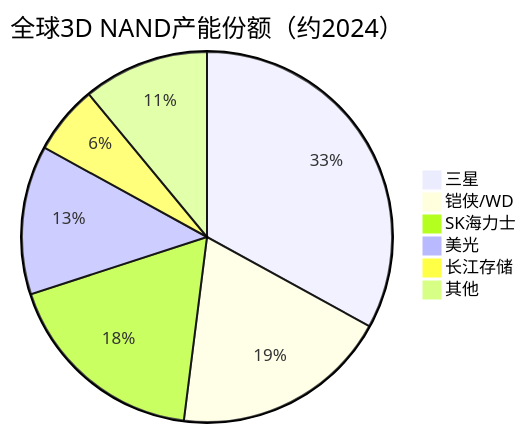
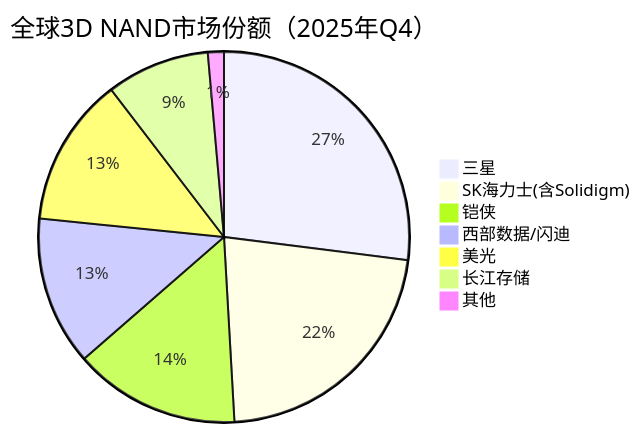
Before and after one commit to blueprint1453/industry-insight: the third of 3 diagrams in 存储产业链/中游/NAND/3D-NAND-Flash.md, drawn with Mermaid. The commit also changed other lines of this file and 78 other files, not shown here.

````diff
--- a/存储产业链/中游/NAND/3D-NAND-Flash.md
+++ b/存储产业链/中游/NAND/3D-NAND-Flash.md
@@ -114,9 +114,10 @@
 ```mermaid
-pie title 全球3D NAND产能份额（约2024）
-    "三星" : 33
-    "铠侠/WD" : 19
-    "SK海力士" : 18
-    "美光" : 13
-    "长江存储" : 6
-    "其他" : 11
+pie title 全球3D NAND市场份额（2025年Q4）
+    "三星" : 27.0
+    "SK海力士(含Solidigm)" : 22.1
+    "铠侠" : 14.5
+    "西部数据/闪迪" : 13.0
+    "美光" : 13.0
+    "长江存储" : 9.0
+    "其他" : 1.4
 ```
````
